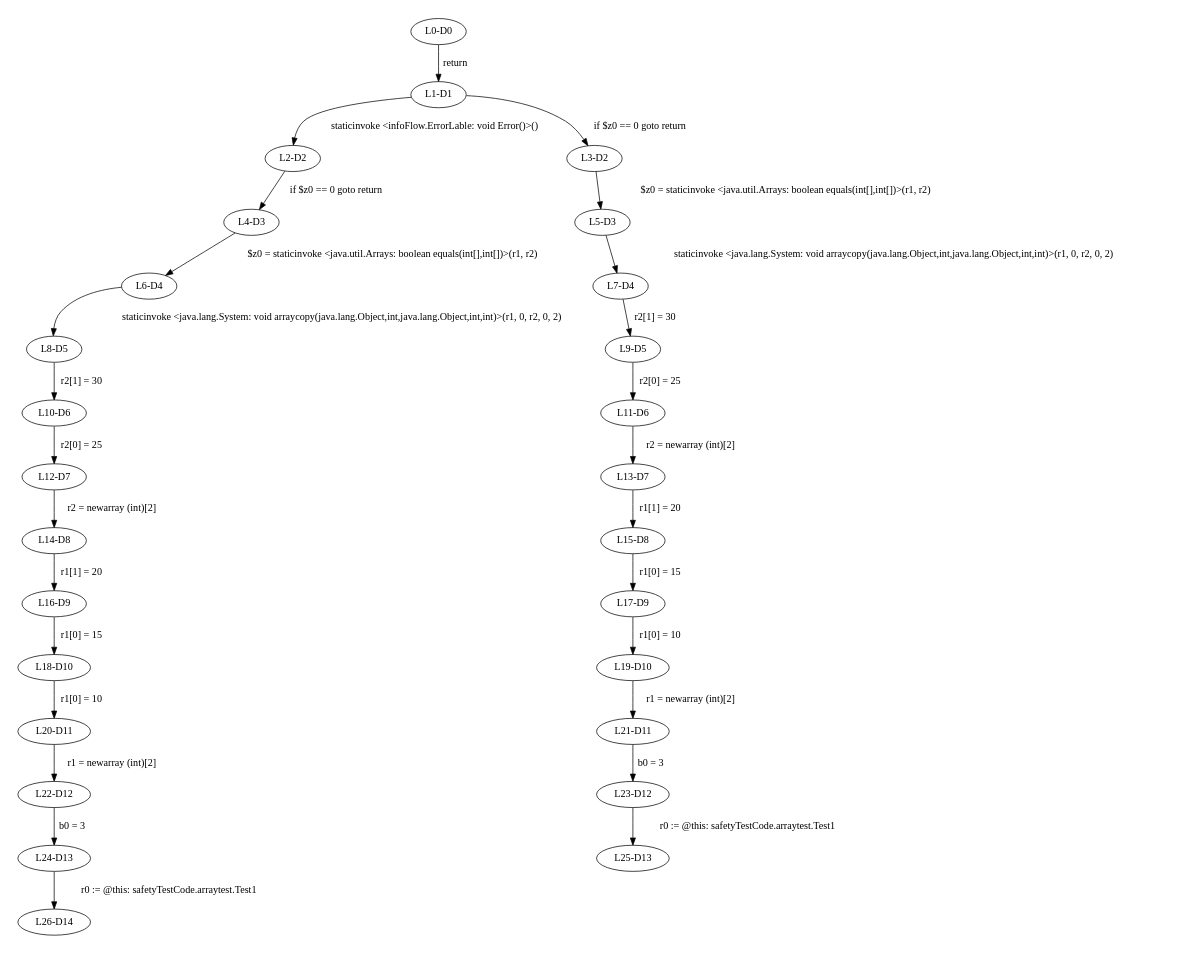
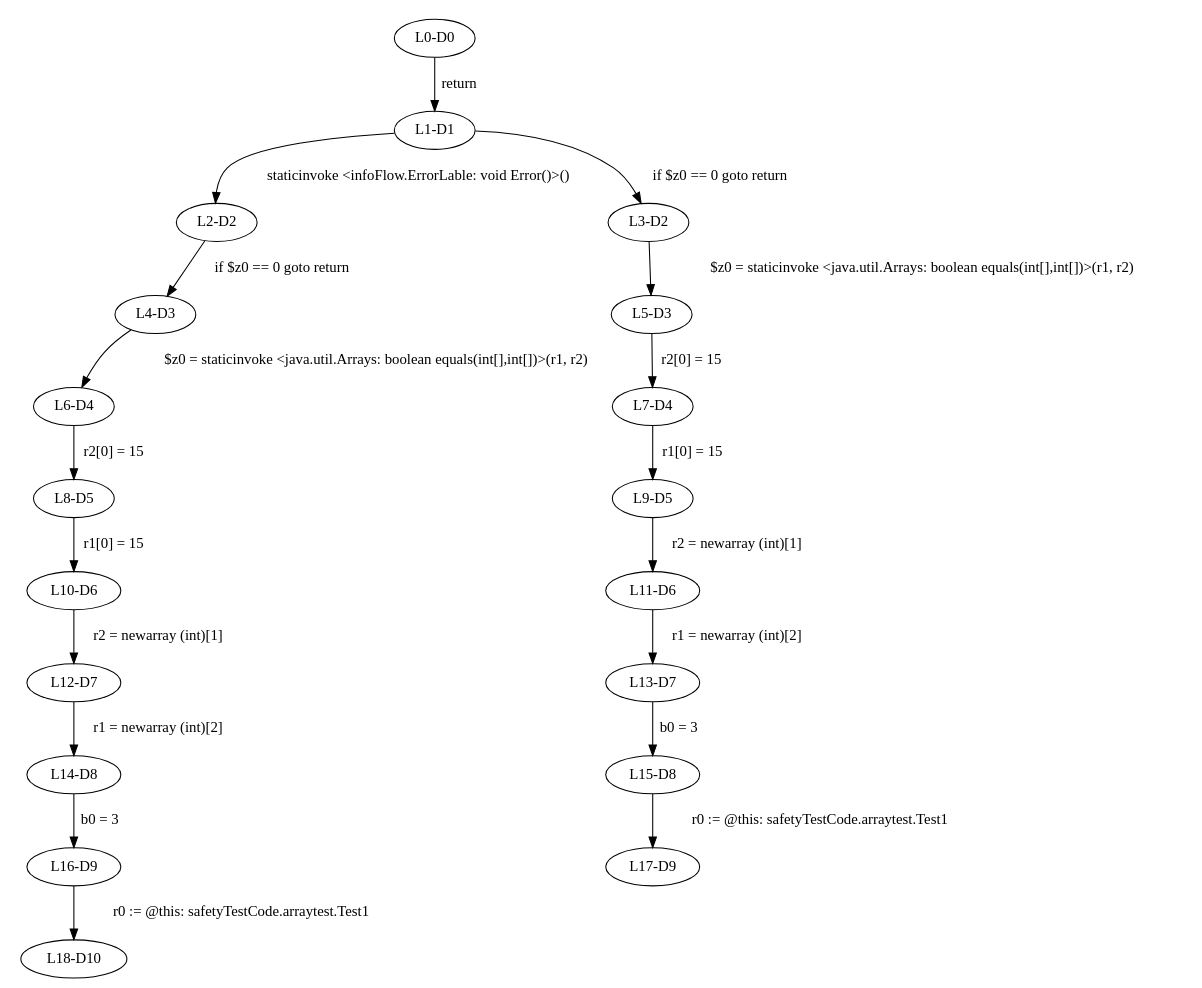
Before and after one commit to gt-wunderhorn/gt-wunderhorn: the diagram in SafetyChecker2/_all.dot, drawn with Graphviz. The commit also changed 31 other files, not shown here.

```diff
--- a/SafetyChecker2/_all.dot
+++ b/SafetyChecker2/_all.dot
@@ -1,31 +1,23 @@
 digraph { 
 	ratio="fill";
 	size="8.3,11.7!";
 	margin=0;
 	"L0-D0" -> "L1-D1"[label="return"];
 	"L1-D1" -> "L2-D2"[label="staticinvoke <infoFlow.ErrorLable: void Error()>()"];
 	"L1-D1" -> "L3-D2"[label="if $z0 == 0 goto return"];
 	"L2-D2" -> "L4-D3"[label="if $z0 == 0 goto return"];
 	"L3-D2" -> "L5-D3"[label="$z0 = staticinvoke <java.util.Arrays: boolean equals(int[],int[])>(r1, r2)"];
 	"L4-D3" -> "L6-D4"[label="$z0 = staticinvoke <java.util.Arrays: boolean equals(int[],int[])>(r1, r2)"];
-	"L5-D3" -> "L7-D4"[label="staticinvoke <java.lang.System: void arraycopy(java.lang.Object,int,java.lang.Object,int,int)>(r1, 0, r2, 0, 2)"];
-	"L6-D4" -> "L8-D5"[label="staticinvoke <java.lang.System: void arraycopy(java.lang.Object,int,java.lang.Object,int,int)>(r1, 0, r2, 0, 2)"];
-	"L7-D4" -> "L9-D5"[label="r2[1] = 30"];
-	"L8-D5" -> "L10-D6"[label="r2[1] = 30"];
-	"L9-D5" -> "L11-D6"[label="r2[0] = 25"];
-	"L10-D6" -> "L12-D7"[label="r2[0] = 25"];
-	"L11-D6" -> "L13-D7"[label="r2 = newarray (int)[2]"];
-	"L12-D7" -> "L14-D8"[label="r2 = newarray (int)[2]"];
-	"L13-D7" -> "L15-D8"[label="r1[1] = 20"];
-	"L14-D8" -> "L16-D9"[label="r1[1] = 20"];
-	"L15-D8" -> "L17-D9"[label="r1[0] = 15"];
-	"L16-D9" -> "L18-D10"[label="r1[0] = 15"];
-	"L17-D9" -> "L19-D10"[label="r1[0] = 10"];
-	"L18-D10" -> "L20-D11"[label="r1[0] = 10"];
-	"L19-D10" -> "L21-D11"[label="r1 = newarray (int)[2]"];
-	"L20-D11" -> "L22-D12"[label="r1 = newarray (int)[2]"];
-	"L21-D11" -> "L23-D12"[label="b0 = 3"];
-	"L22-D12" -> "L24-D13"[label="b0 = 3"];
-	"L23-D12" -> "L25-D13"[label="r0 := @this: safetyTestCode.arraytest.Test1"];
-	"L24-D13" -> "L26-D14"[label="r0 := @this: safetyTestCode.arraytest.Test1"];
+	"L5-D3" -> "L7-D4"[label="r2[0] = 15"];
+	"L6-D4" -> "L8-D5"[label="r2[0] = 15"];
+	"L7-D4" -> "L9-D5"[label="r1[0] = 15"];
+	"L8-D5" -> "L10-D6"[label="r1[0] = 15"];
+	"L9-D5" -> "L11-D6"[label="r2 = newarray (int)[1]"];
+	"L10-D6" -> "L12-D7"[label="r2 = newarray (int)[1]"];
+	"L11-D6" -> "L13-D7"[label="r1 = newarray (int)[2]"];
+	"L12-D7" -> "L14-D8"[label="r1 = newarray (int)[2]"];
+	"L13-D7" -> "L15-D8"[label="b0 = 3"];
+	"L14-D8" -> "L16-D9"[label="b0 = 3"];
+	"L15-D8" -> "L17-D9"[label="r0 := @this: safetyTestCode.arraytest.Test1"];
+	"L16-D9" -> "L18-D10"[label="r0 := @this: safetyTestCode.arraytest.Test1"];
 }
```
